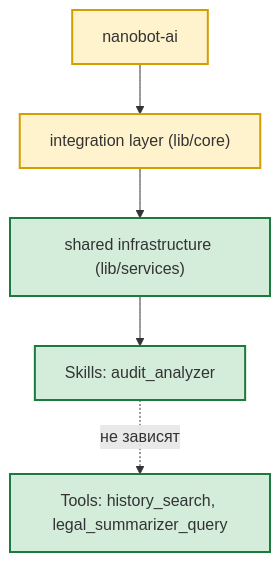
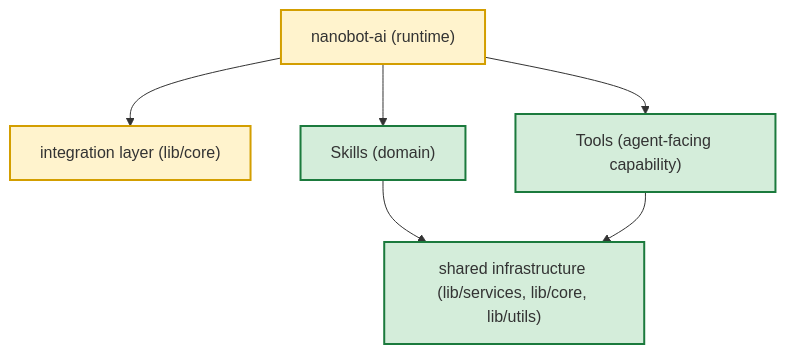
Before and after one commit to AlexEgorov85/workspaces_nanobot: the tenth of 12 diagrams in docs/TARGET_ARCHITECTURE.md, drawn with Mermaid. The commit also changed other lines of this file and 3 other files, not shown here.

````diff
--- a/docs/TARGET_ARCHITECTURE.md
+++ b/docs/TARGET_ARCHITECTURE.md
@@ -756,13 +783,12 @@
 ```mermaid
 flowchart TB
-    NB["nanobot-ai"] --> IL["integration layer (lib/core)"]
-    IL --> SI["shared infrastructure (lib/services)"]
-    SI --> SK["Skills: audit_analyzer"]
-    SK -.не зависят.-> TL["Tools: history_search, legal_summarizer_query"]
+    NB["nanobot-ai (runtime)"] --> IL["integration layer (lib/core)"]
+    NB --> SK["Skills (domain)"]
+    NB --> TL["Tools (agent-facing capability)"]
+    SK --> SI["shared infrastructure (lib/services, lib/core, lib/utils)"]
+    TL --> SI
     classDef core fill:#fff3cd,stroke:#d39e00,stroke-width:2px
-    classDef ext fill:#d1ecf1,stroke:#0c5460,stroke-width:2px
     classDef infra fill:#d4edda,stroke:#1b7a3d,stroke-width:2px
     class NB,IL core
-    class SI infra
-    class SK,TL infra
+    class SK,TL,SI infra
 ```
````
